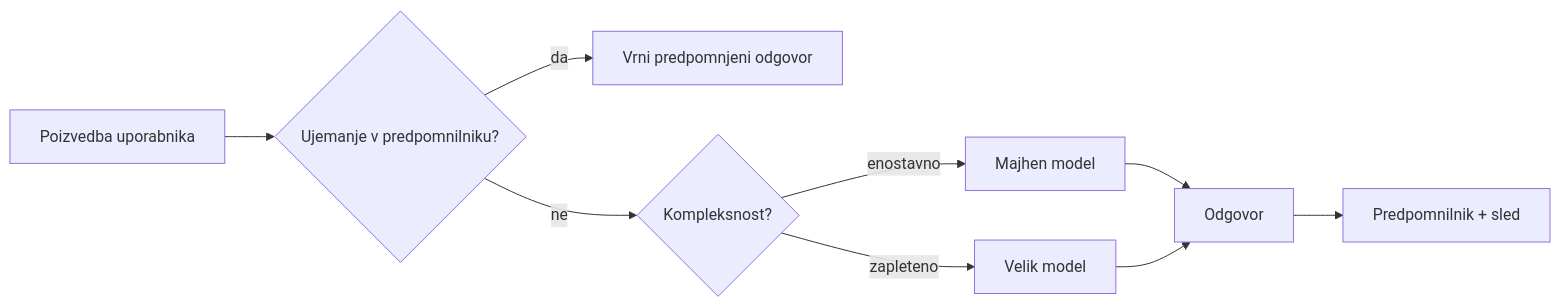
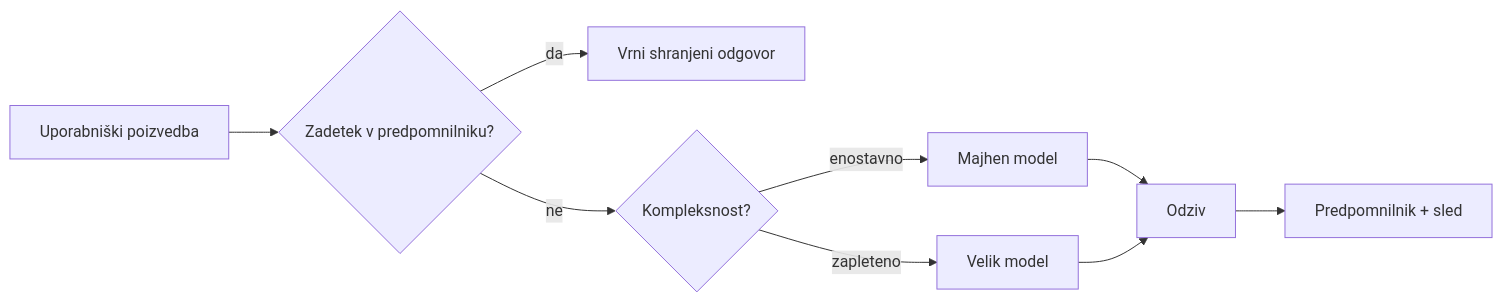
Before and after one commit to gabrielmoreira/agent-skills-mirror: the third of 4 diagrams in mirrors/repos/microsoft@ai-agents-for-beginners/translations/sl/16-deploying-scalable-agents/README.md, drawn with Mermaid. The commit also changed other lines of this file and 4262 other files, not shown here.

````diff
--- a/mirrors/repos/microsoft@ai-agents-for-beginners/translations/sl/16-deploying-scalable-agents/README.md
+++ b/mirrors/repos/microsoft@ai-agents-for-beginners/translations/sl/16-deploying-scalable-agents/README.md
@@ -134,11 +134,11 @@
 ```mermaid
 flowchart LR
-    Q[Poizvedba uporabnika] --> C{Ujemanje v predpomnilniku?}
-    C -->|da| R[Vrni predpomnjeni odgovor]
+    Q[Uporabniški poizvedba] --> C{Zadetek v predpomnilniku?}
+    C -->|da| R[Vrni shranjeni odgovor]
     C -->|ne| Router{Kompleksnost?}
     Router -->|enostavno| SLM[Majhen model]
     Router -->|zapleteno| LLM[Velik model]
-    SLM --> Out[Odgovor]
+    SLM --> Out[Odziv]
     LLM --> Out
     Out --> Store[Predpomnilnik + sled]
 ```
````
